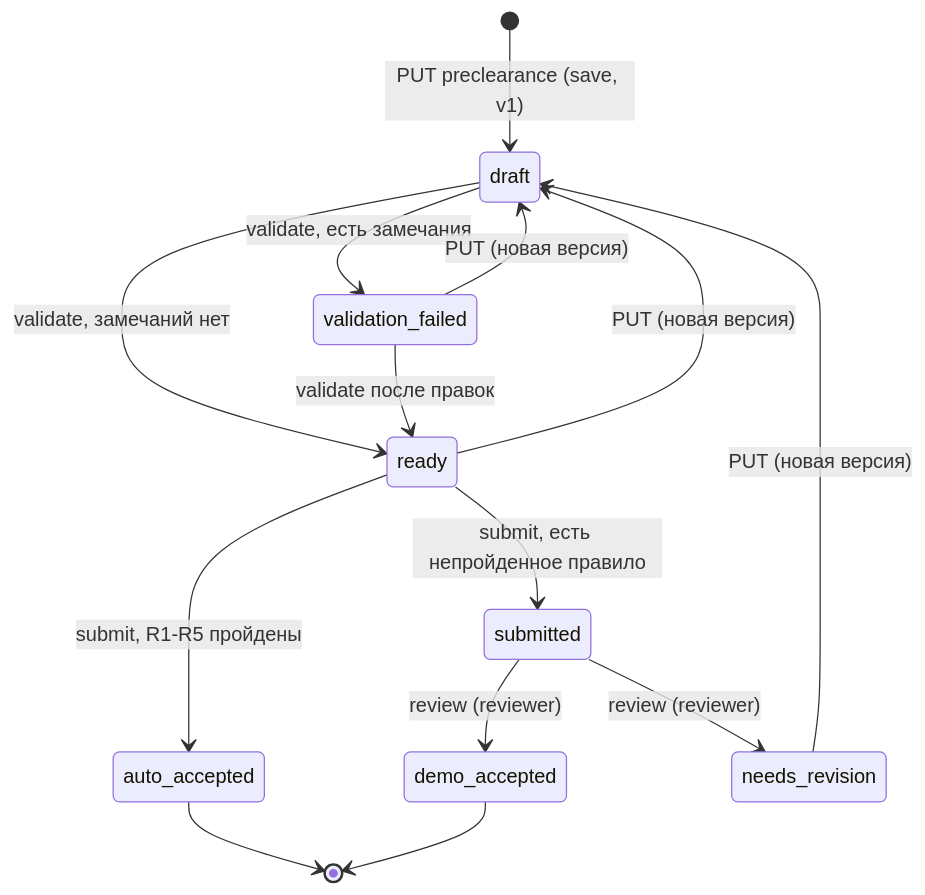
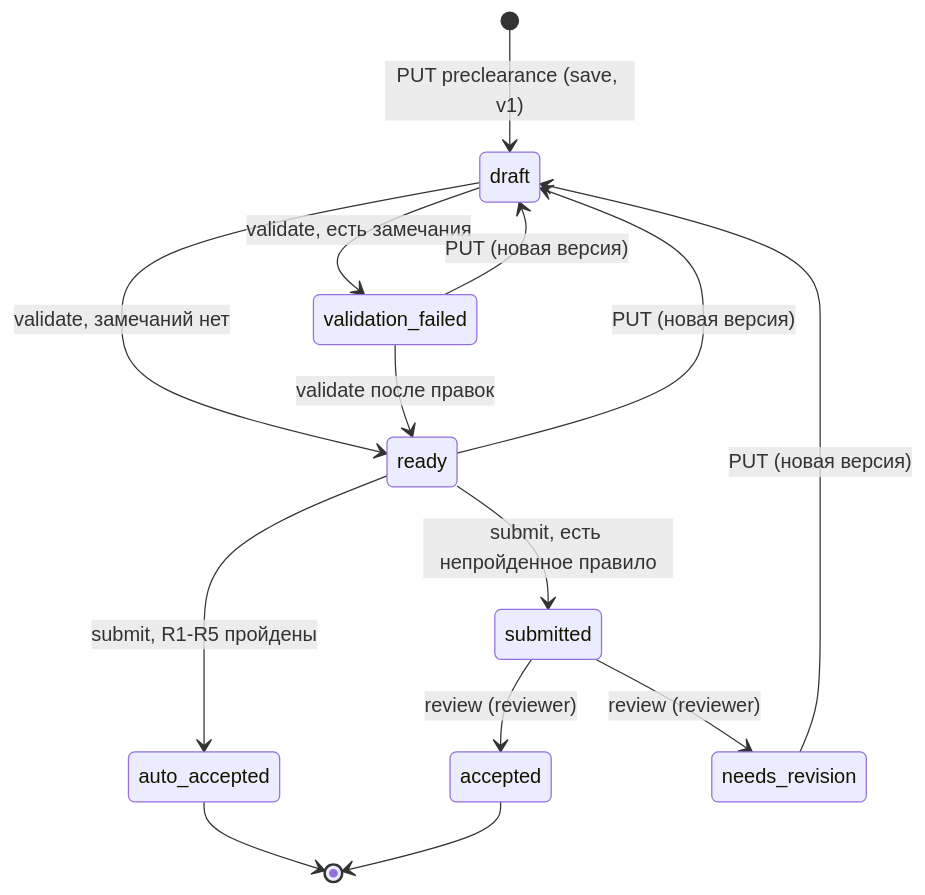
One commit to ZAEVv/hackathon-cicada changed the third of 3 diagrams in docs/PROJECT_GUIDE_RU.md. Above: the diagram before and after it, drawn with Mermaid. The commit also changed other lines of this file and 39 other files, not shown here.

Commit message:
Remove demo framing from product surface; rename accepted status, rules-v1, v1 ESG, tokens, container ids

````diff
--- a/docs/PROJECT_GUIDE_RU.md
+++ b/docs/PROJECT_GUIDE_RU.md
@@ -435,16 +435,16 @@
 ```mermaid
 stateDiagram-v2
   [*] --> draft: PUT preclearance (save, v1)
   draft --> validation_failed: validate, есть замечания
   draft --> ready: validate, замечаний нет
   validation_failed --> draft: PUT (новая версия)
   validation_failed --> ready: validate после правок
   ready --> draft: PUT (новая версия)
   ready --> auto_accepted: submit, R1-R5 пройдены
   ready --> submitted: submit, есть непройденное правило
-  submitted --> demo_accepted: review (reviewer)
+  submitted --> accepted: review (reviewer)
   submitted --> needs_revision: review (reviewer)
   needs_revision --> draft: PUT (новая версия)
   auto_accepted --> [*]
-  demo_accepted --> [*]
+  accepted --> [*]
 ```
````
